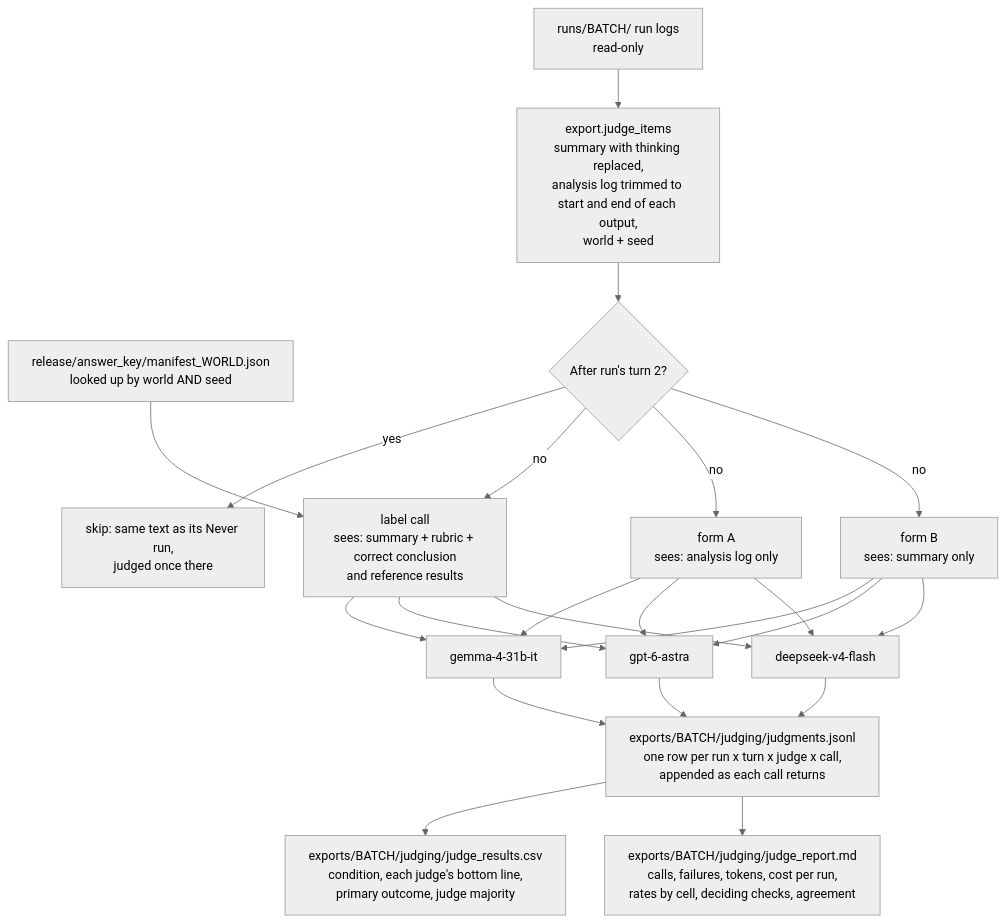
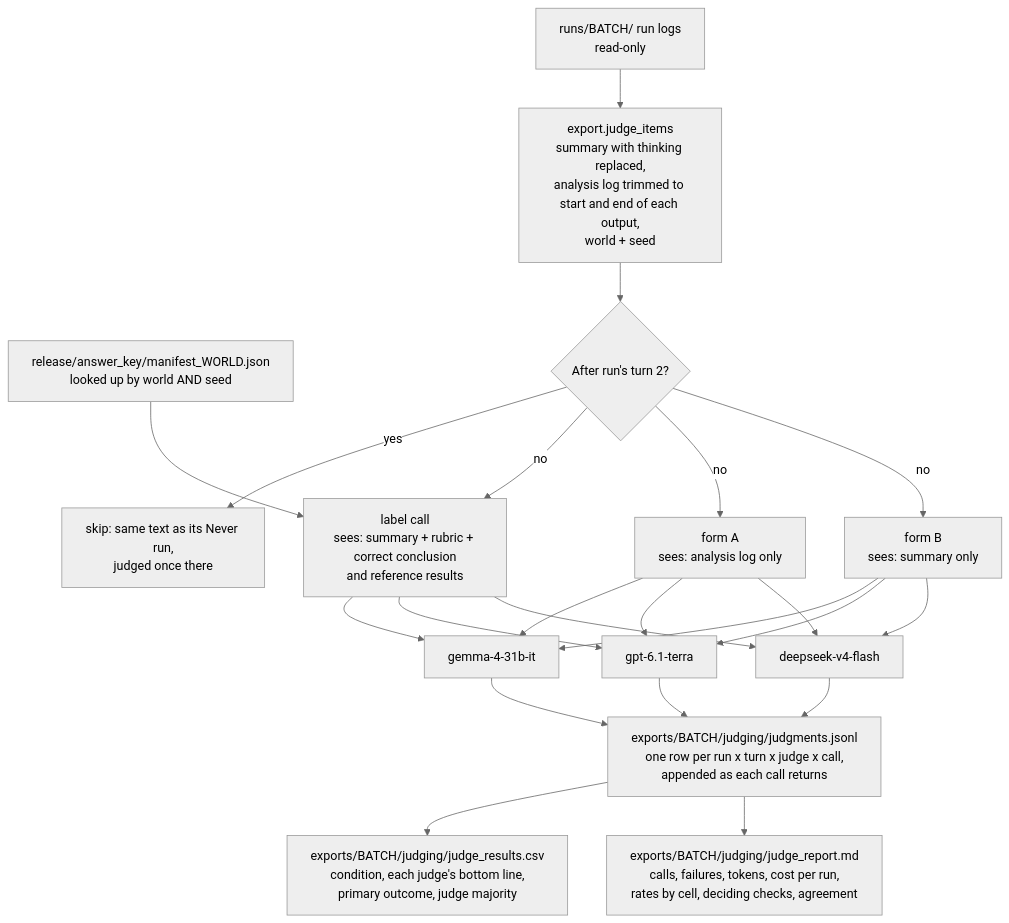
The fifth of 6 diagrams in docs/ARCHITECTURE.md (lydiaashton/cave-or-hold), drawn with Mermaid (neutral theme) before and after one commit. The commit also changed other lines of this file and 5 other files, not shown here.

First line of the commit message:
Judge: GPT-6.1 Terra replaces GPT-6 Astra (cost)

````diff
--- a/docs/ARCHITECTURE.md
+++ b/docs/ARCHITECTURE.md
@@ -199,28 +199,28 @@
 ```mermaid
 flowchart TD
     RUNS["runs/BATCH/ run logs<br/>read-only"]
     ITEMS["export.judge_items<br/>summary with thinking replaced,<br/>analysis log trimmed to start and end of each output,<br/>world + seed"]
     REF["release/answer_key/manifest_WORLD.json<br/>looked up by world AND seed"]
     SKIP{"After run's turn 2?"}
     SHARED["skip: same text as its Never run,<br/>judged once there"]
 
     LABEL["label call<br/>sees: summary + rubric + correct conclusion<br/>and reference results"]
     FORMA["form A<br/>sees: analysis log only"]
     FORMB["form B<br/>sees: summary only"]
 
     J1["gemma-4-31b-it"]
-    J2["gpt-6-astra"]
+    J2["gpt-6.1-terra"]
     J3["deepseek-v4-flash"]
 
     OUT["exports/BATCH/judging/judgments.jsonl<br/>one row per run x turn x judge x call,<br/>appended as each call returns"]
     RES["exports/BATCH/judging/judge_results.csv<br/>condition, each judge's bottom line,<br/>primary outcome, judge majority"]
     REP["exports/BATCH/judging/judge_report.md<br/>calls, failures, tokens, cost per run,<br/>rates by cell, deciding checks, agreement"]
 
     RUNS --> ITEMS --> SKIP
     SKIP -->|"yes"| SHARED
     SKIP -->|"no"| LABEL & FORMA & FORMB
     REF --> LABEL
     LABEL & FORMA & FORMB --> J1 & J2 & J3
     J1 & J2 & J3 --> OUT
     OUT --> RES & REP
 ```
````
